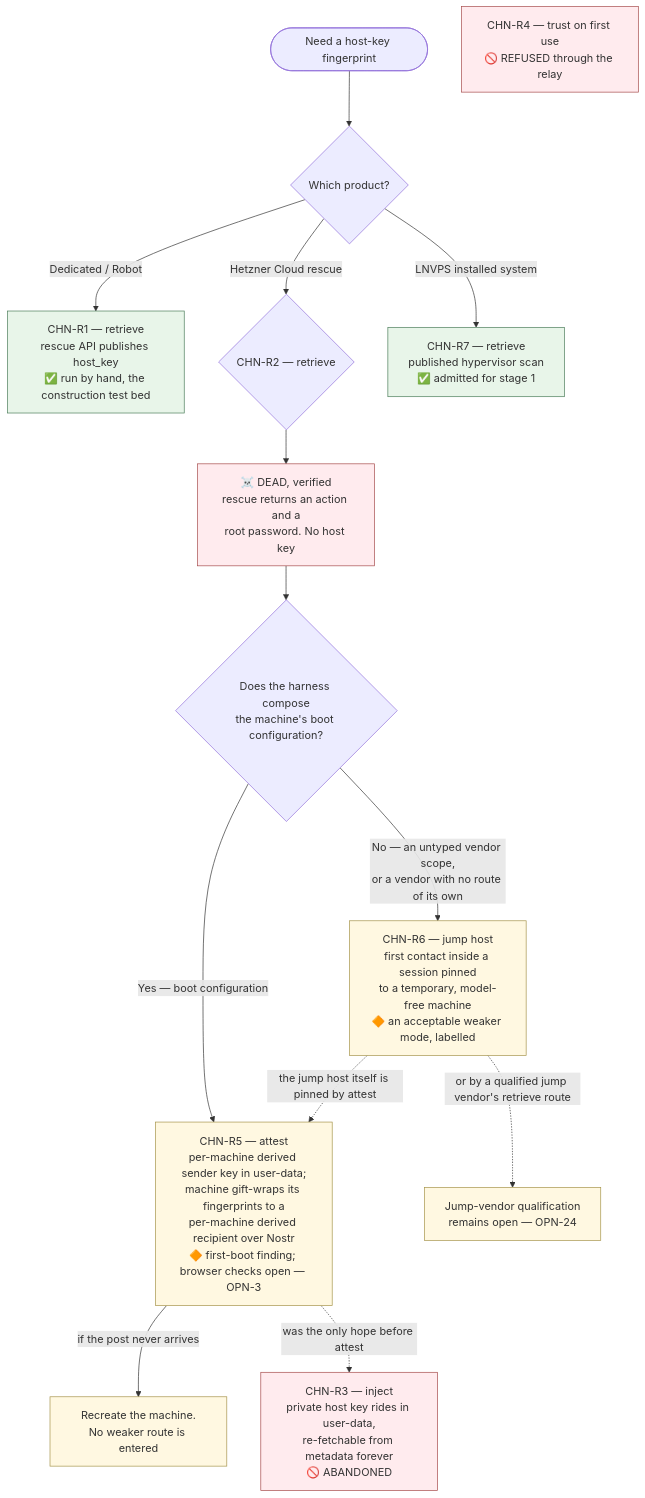
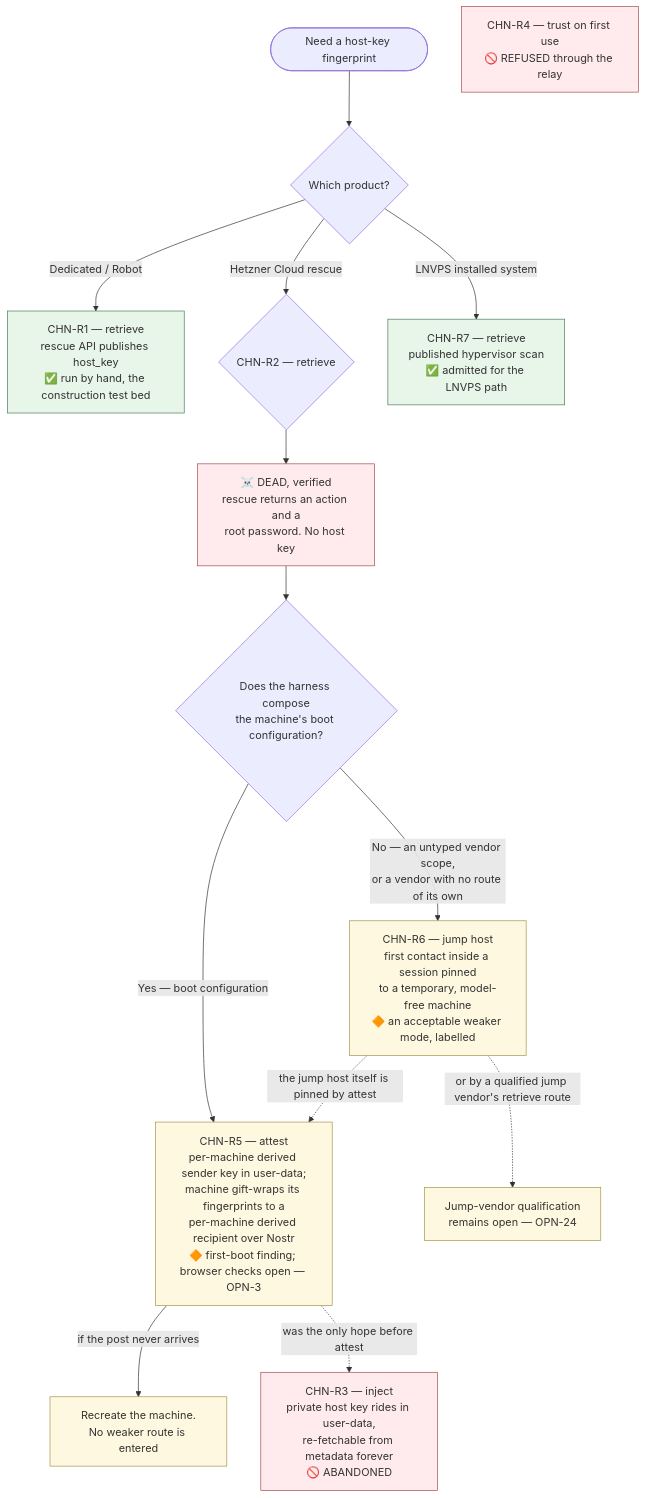
The first of 2 diagrams in 02-channel.md (douglaz/tau-web-spec), drawn with Mermaid before and after one commit. The commit also changed other lines of this file and 27 other files, not shown here.

First line of the commit message:
docs(spec): remove the stage plan; admit each path and capability by its own rows (tw-o6r)

````diff
--- a/02-channel.md
+++ b/02-channel.md
@@ -40,22 +40,22 @@
 ```mermaid
 flowchart TD
     START([Need a host-key fingerprint]) --> PROD{Which product?}
     PROD -->|Dedicated / Robot| R1["CHN-R1 — retrieve<br/>rescue API publishes host_key<br/>✅ run by hand, the construction test bed"]
     PROD -->|Hetzner Cloud rescue| R2{"CHN-R2 — retrieve"}
-    PROD -->|LNVPS installed system| R7["CHN-R7 — retrieve<br/>published hypervisor scan<br/>✅ admitted for stage 1"]
+    PROD -->|LNVPS installed system| R7["CHN-R7 — retrieve<br/>published hypervisor scan<br/>✅ admitted for the LNVPS path"]
     R2 --> R2D["☠️ DEAD, verified<br/>rescue returns an action and a<br/>root password. No host key"]
     R2D --> BOOT{"Does the harness compose<br/>the machine's boot configuration?"}
     BOOT -->|"Yes — boot configuration"| R5["CHN-R5 — attest<br/>per-machine derived sender key in user-data;<br/>machine gift-wraps its fingerprints to a<br/>per-machine derived recipient over Nostr<br/>🔶 first-boot finding; browser checks open — OPN-3"]
     BOOT -->|"No — an untyped vendor scope,<br/>or a vendor with no route of its own"| R6["CHN-R6 — jump host<br/>first contact inside a session pinned<br/>to a temporary, model-free machine<br/>🔶 an acceptable weaker mode, labelled"]
     R5 -->|"if the post never arrives"| RC["Recreate the machine.<br/>No weaker route is entered"]
     R6 -.->|"the jump host itself is pinned by attest"| R5
     R6 -.->|"or by a qualified jump vendor's retrieve route"| RJ["Jump-vendor qualification<br/>remains open — OPN-24"]
     R5 -.->|"was the only hope before attest"| R3["CHN-R3 — inject<br/>private host key rides in user-data,<br/>re-fetchable from metadata forever<br/>🚫 ABANDONED"]
     R4["CHN-R4 — trust on first use<br/>🚫 REFUSED through the relay"]
     classDef live fill:#e8f5e9,stroke:#4a7c59
     classDef dead fill:#ffebee,stroke:#a54a4a
     classDef pending fill:#fff8e1,stroke:#a5934a
     class R1,R7 live
     class R2D,R3,R4 dead
     class R5,R6,RC,RJ pending
 ```
````
